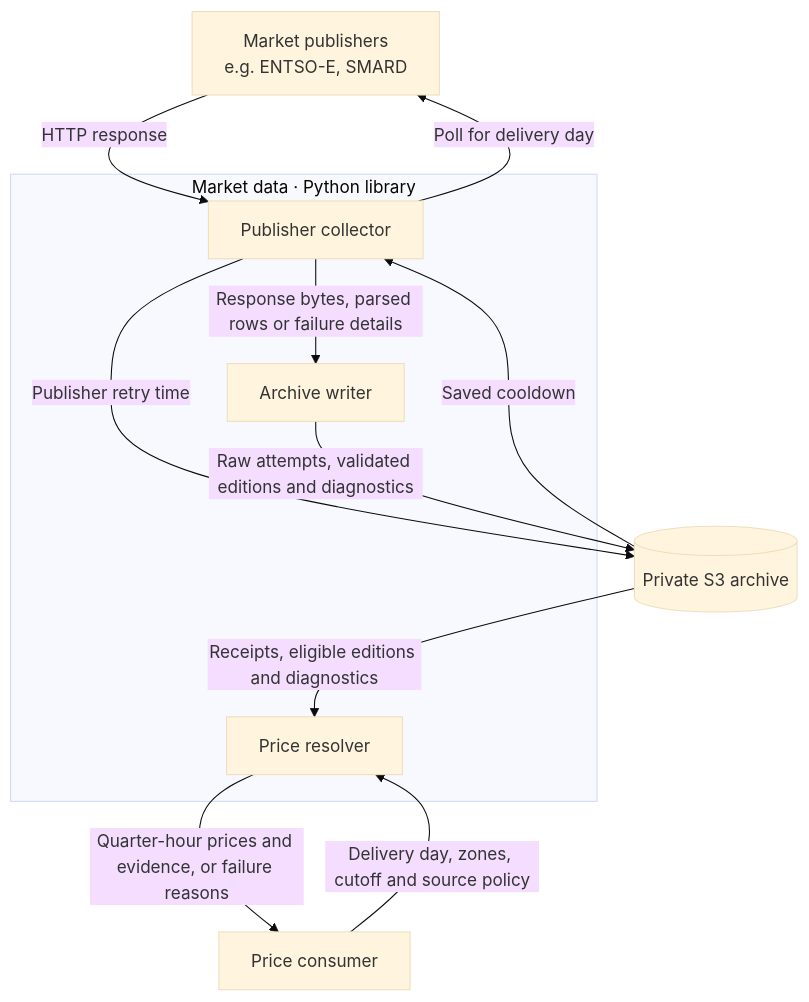
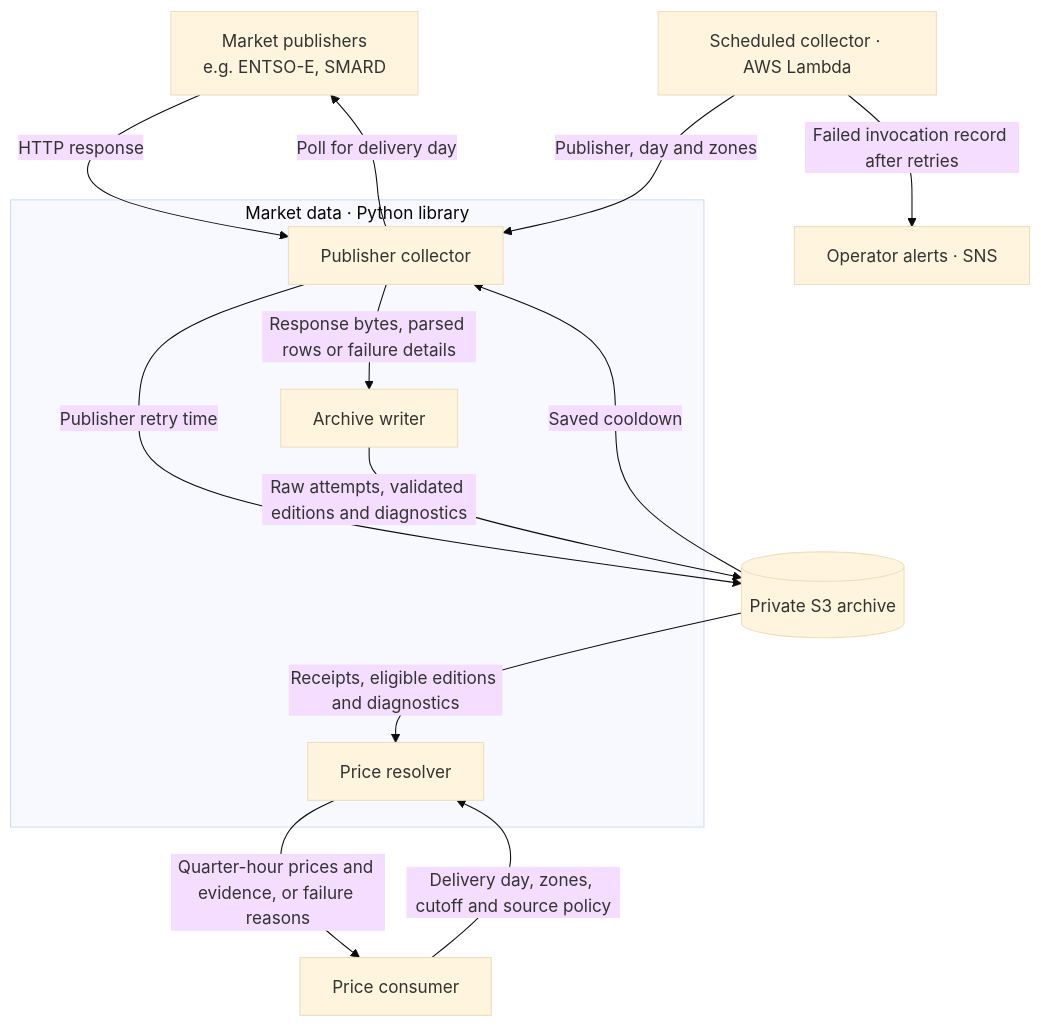
The diagram in coppersushi/pipelines/market_data/README.md (zoltanmaric/coppersushi), drawn with Mermaid (base theme) before and after one commit. The commit also changed 2 other files, not shown here.

Commit message:
Notify the operator when a market collector exhausts its Lambda retries

````diff
--- a/coppersushi/pipelines/market_data/README.md
+++ b/coppersushi/pipelines/market_data/README.md
@@ -9,20 +9,22 @@
 ```mermaid
 flowchart TB
     Publishers["Market publishers<br/>e.g. ENTSO-E, SMARD"]
+    Runtime["Scheduled collector · AWS Lambda"] -->|Publisher, day and zones| Caller
+    Runtime -->|Failed invocation record after retries| Alerts["Operator alerts · SNS"]
     Consumer["Price consumer"]
     subgraph Market["Market data · Python library"]
         Caller["Publisher collector"]
         Writer["Archive writer"]
         Resolver["Price resolver"]
     end
     Archive[("Private S3 archive")]
     Caller -->|Poll for delivery day| Publishers
     Publishers -->|HTTP response| Caller
     Caller -->|Publisher retry time| Archive
     Archive -->|Saved cooldown| Caller
     Caller -->|Response bytes, parsed rows or failure details| Writer
     Writer -->|Raw attempts, validated editions and diagnostics| Archive
     Consumer -->|Delivery day, zones, cutoff and source policy| Resolver
     Archive -->|Receipts, eligible editions and diagnostics| Resolver
     Resolver -->|Quarter-hour prices and evidence, or failure reasons| Consumer
 ```
````
